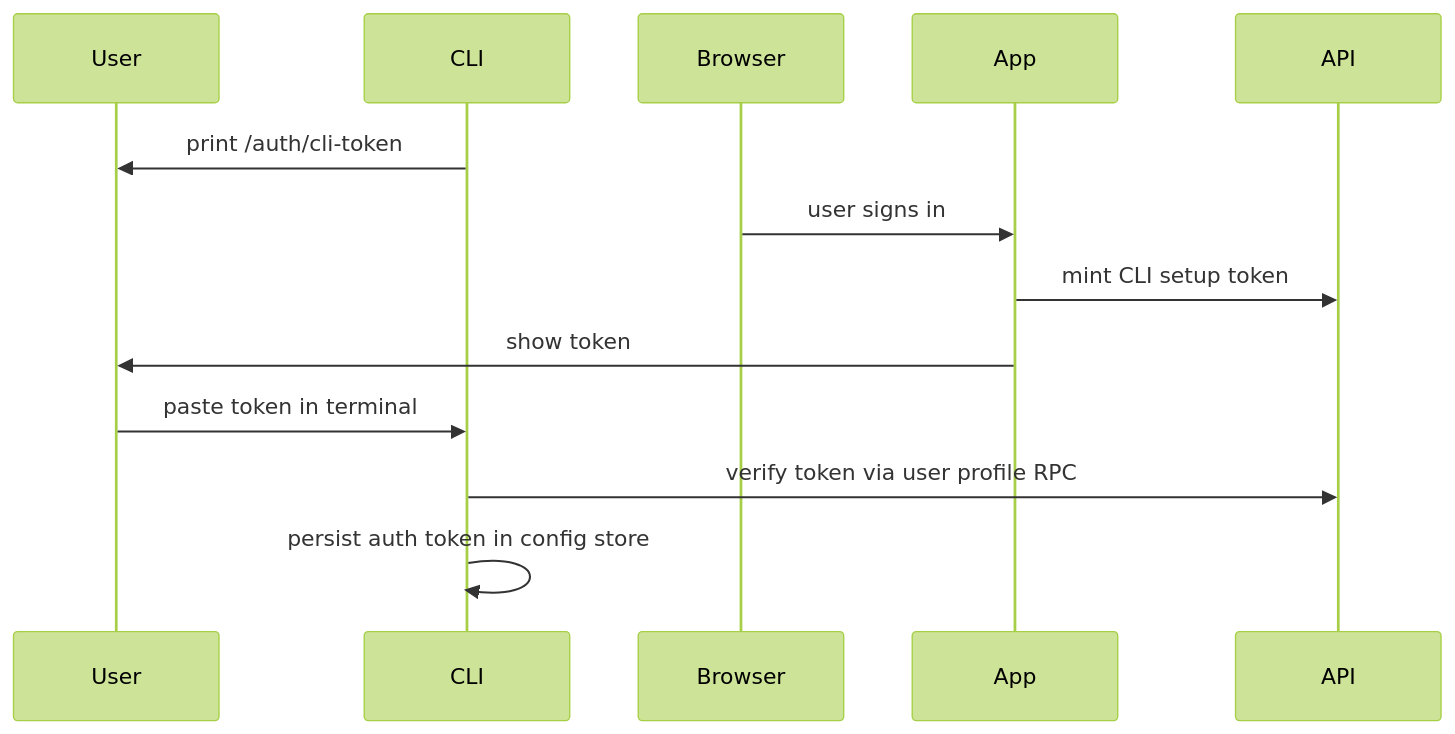
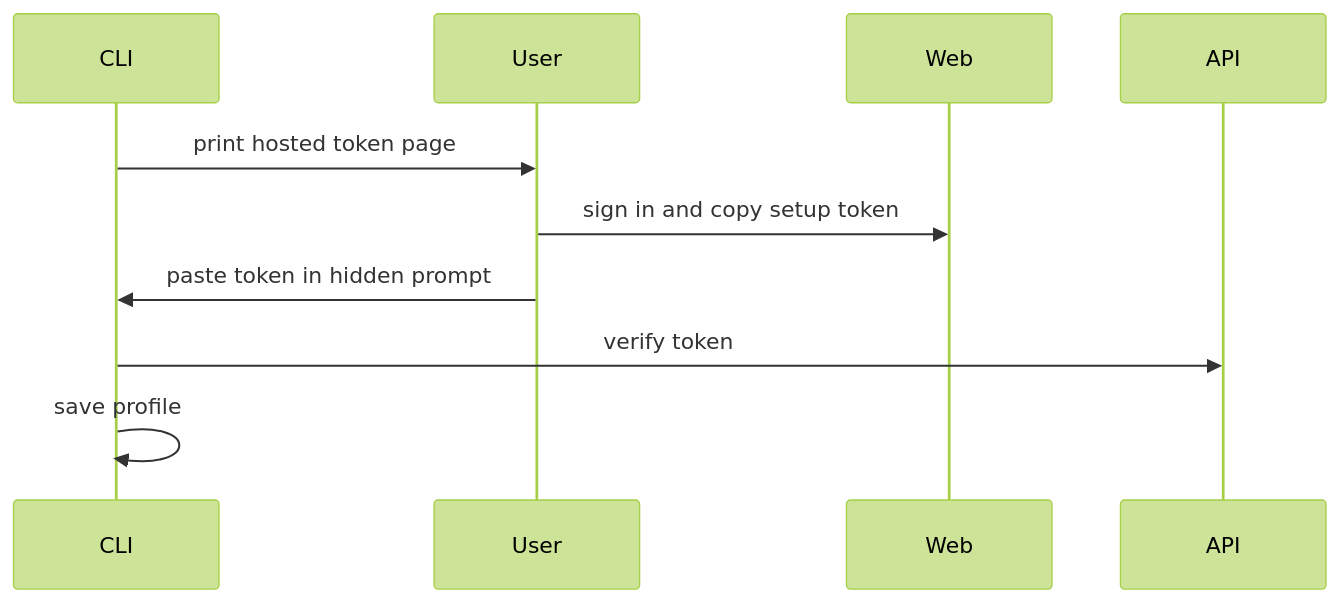
One commit to chill-institute/chill-cli changed the third of 3 diagrams in docs/ARCHITECTURE.md. Above: the diagram before and after it, drawn with Mermaid (forest theme). The commit also changed other lines of this file and 10 other files, not shown here.

````diff
--- a/docs/ARCHITECTURE.md
+++ b/docs/ARCHITECTURE.md
@@ -201,16 +82,13 @@
 ```mermaid
 sequenceDiagram
+  participant CLI
   participant User
-  participant CLI
-  participant Browser
-  participant App
+  participant Web
   participant API
 
-  CLI->>User: print /auth/cli-token
-  Browser->>App: user signs in
-  App->>API: mint CLI setup token
-  App->>User: show token
-  User->>CLI: paste token in terminal
-  CLI->>API: verify token via user profile RPC
-  CLI->>CLI: persist auth token in config store
+  CLI->>User: print hosted token page
+  User->>Web: sign in and copy setup token
+  User->>CLI: paste token in hidden prompt
+  CLI->>API: verify token
+  CLI->>CLI: save profile
 ```
````
